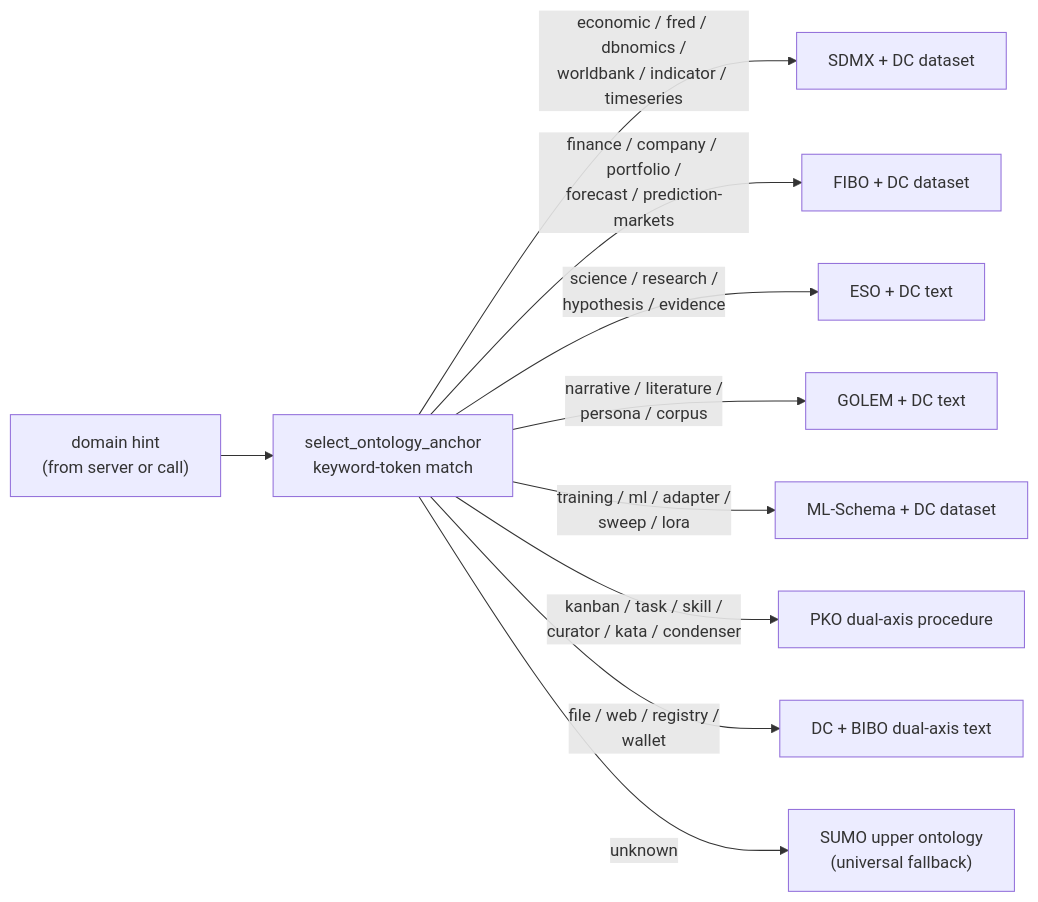
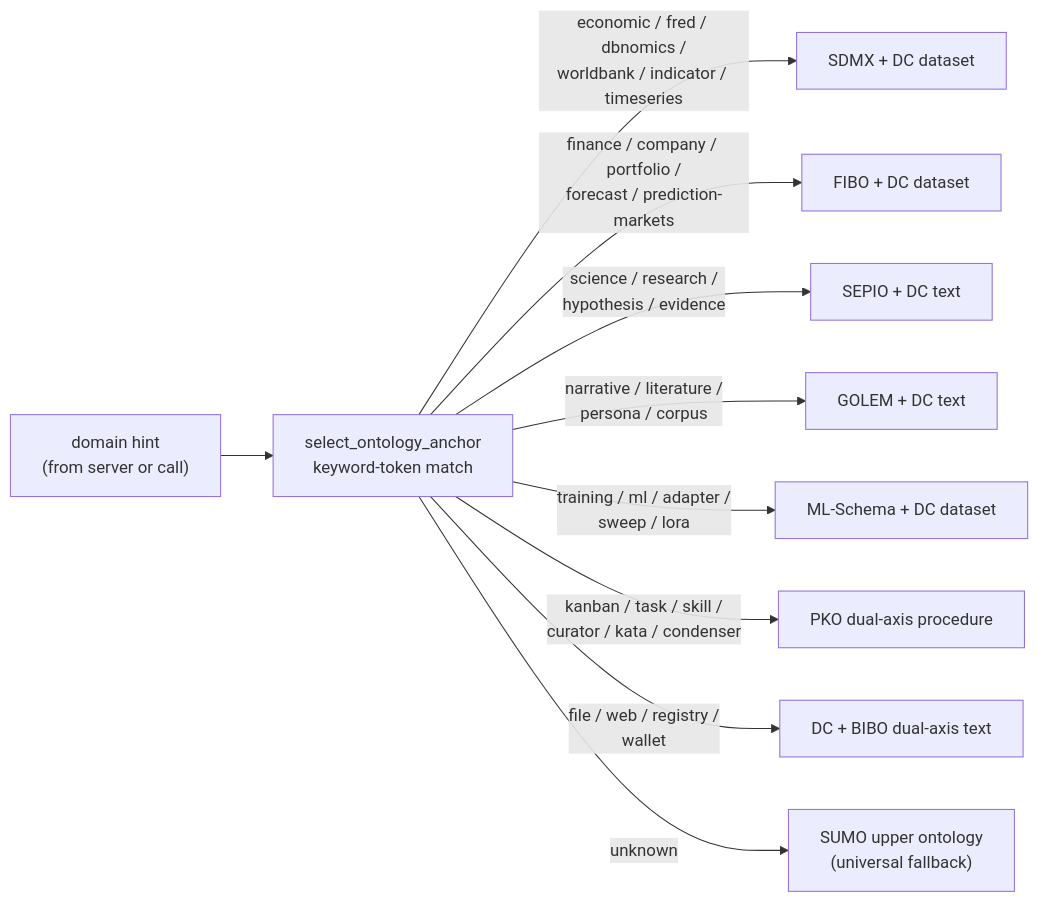
Before and after one commit to mdz-axo/zed-kask: the eighth of 13 diagrams in kask/docs/diagrams/architecture.md, drawn with Mermaid. The commit also changed other lines of this file and 22 other files, not shown here.

First line of the commit message:
Replace fabricated ESO with SEPIO and wire kask tool source

````diff
--- a/kask/docs/diagrams/architecture.md
+++ b/kask/docs/diagrams/architecture.md
@@ -360,14 +360,14 @@
 ```mermaid
 flowchart LR
     domain["domain hint<br/>(from server or call)"]
     select["select_ontology_anchor<br/>keyword-token match"]
     domain --> select
     select -->|"economic / fred / dbnomics /<br/>worldbank / indicator / timeseries"| sdmx_anchor["SDMX + DC dataset"]
     select -->|"finance / company / portfolio /<br/>forecast / prediction-markets"| fibo_anchor["FIBO + DC dataset"]
-    select -->|"science / research /<br/>hypothesis / evidence"| eso_anchor["ESO + DC text"]
+    select -->|"science / research /<br/>hypothesis / evidence"| sepio_anchor["SEPIO + DC text"]
     select -->|"narrative / literature /<br/>persona / corpus"| golem_anchor["GOLEM + DC text"]
     select -->|"training / ml / adapter /<br/>sweep / lora"| ml_anchor["ML-Schema + DC dataset"]
     select -->|"kanban / task / skill /<br/>curator / kata / condenser"| pko_anchor["PKO dual-axis procedure"]
     select -->|"file / web / registry /<br/>wallet"| dc_anchor["DC + BIBO dual-axis text"]
     select -->|"unknown"| sumo_anchor["SUMO upper ontology<br/>(universal fallback)"]
 ```
````
